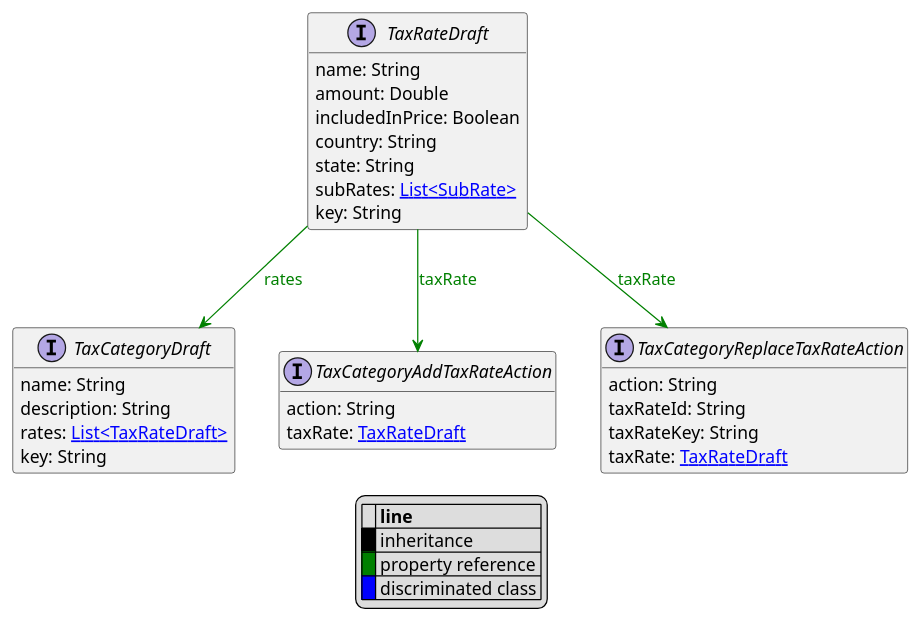
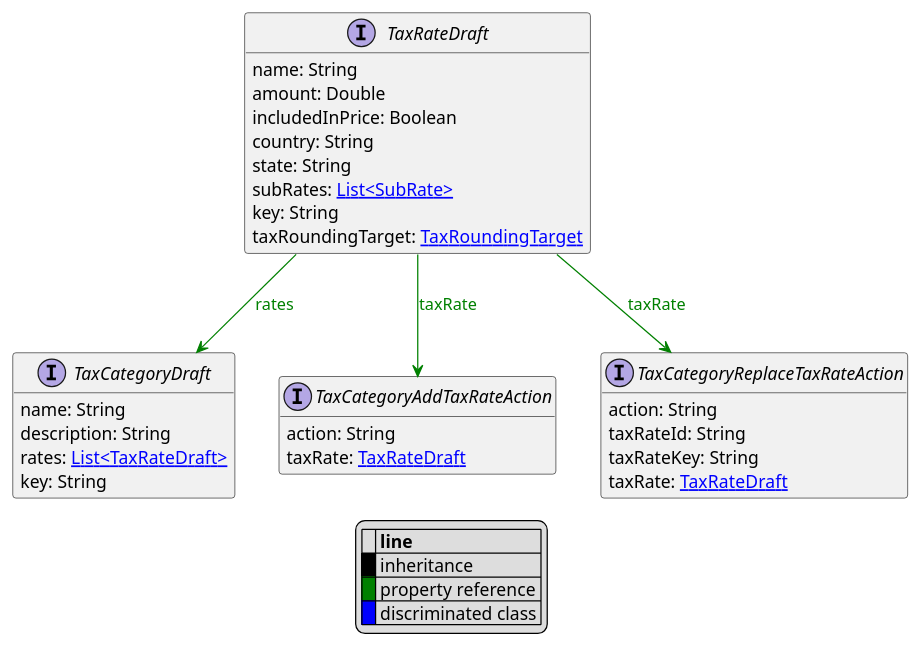
Before and after one commit to commercetools/commercetools-api-reference: the diagram in uml/api/TaxRateDraft.puml, drawn with PlantUML. The commit also changed 9 other files, not shown here.

```diff
--- a/uml/api/TaxRateDraft.puml
+++ b/uml/api/TaxRateDraft.puml
@@ -1,43 +1,44 @@
 @startuml
 
 hide empty fields
 hide empty methods
 legend
 |= |= line |
 |<back:black>   </back>| inheritance |
 |<back:green>   </back>| property reference |
 |<back:blue>   </back>| discriminated class |
 endlegend
 interface TaxRateDraft [[TaxRateDraft.svg]]  {
     name: String
     amount: Double
     includedInPrice: Boolean
     country: String
     state: String
     subRates: [[SubRate.svg List<SubRate>]]
     key: String
+    taxRoundingTarget: [[TaxRoundingTarget.svg TaxRoundingTarget]]
 }
 
 
 
 interface TaxCategoryDraft [[TaxCategoryDraft.svg]]  {
     name: String
     description: String
     rates: [[TaxRateDraft.svg List<TaxRateDraft>]]
     key: String
 }
 interface TaxCategoryAddTaxRateAction [[TaxCategoryAddTaxRateAction.svg]]  {
     action: String
     taxRate: [[TaxRateDraft.svg TaxRateDraft]]
 }
 interface TaxCategoryReplaceTaxRateAction [[TaxCategoryReplaceTaxRateAction.svg]]  {
     action: String
     taxRateId: String
     taxRateKey: String
     taxRate: [[TaxRateDraft.svg TaxRateDraft]]
 }
 
 TaxRateDraft --> TaxCategoryDraft #green;text:green : "rates"
 TaxRateDraft --> TaxCategoryAddTaxRateAction #green;text:green : "taxRate"
 TaxRateDraft --> TaxCategoryReplaceTaxRateAction #green;text:green : "taxRate"
 @enduml
```
